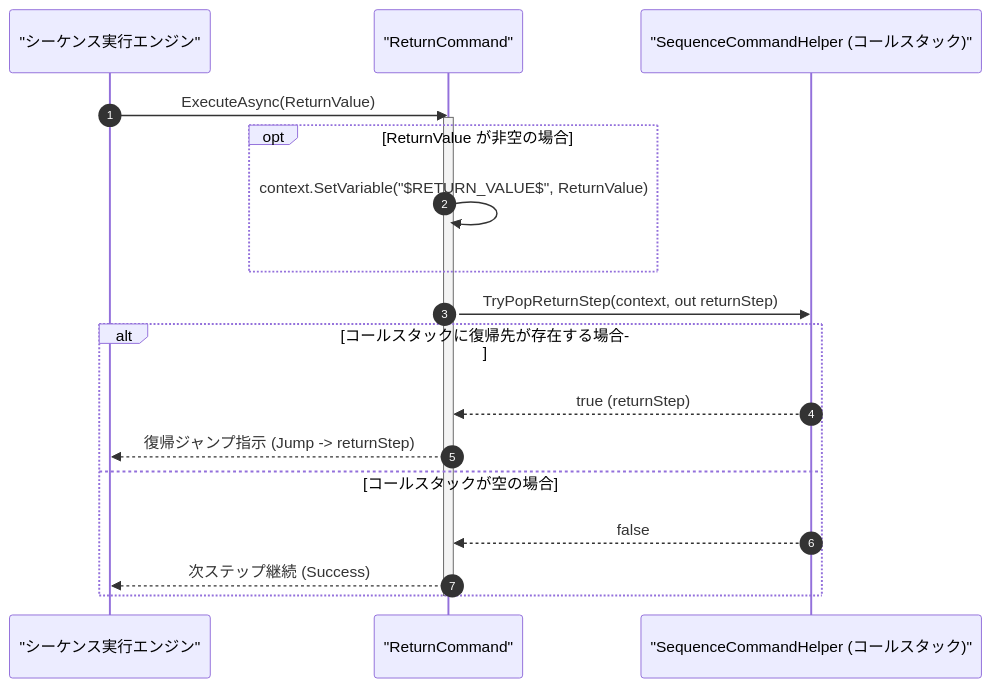
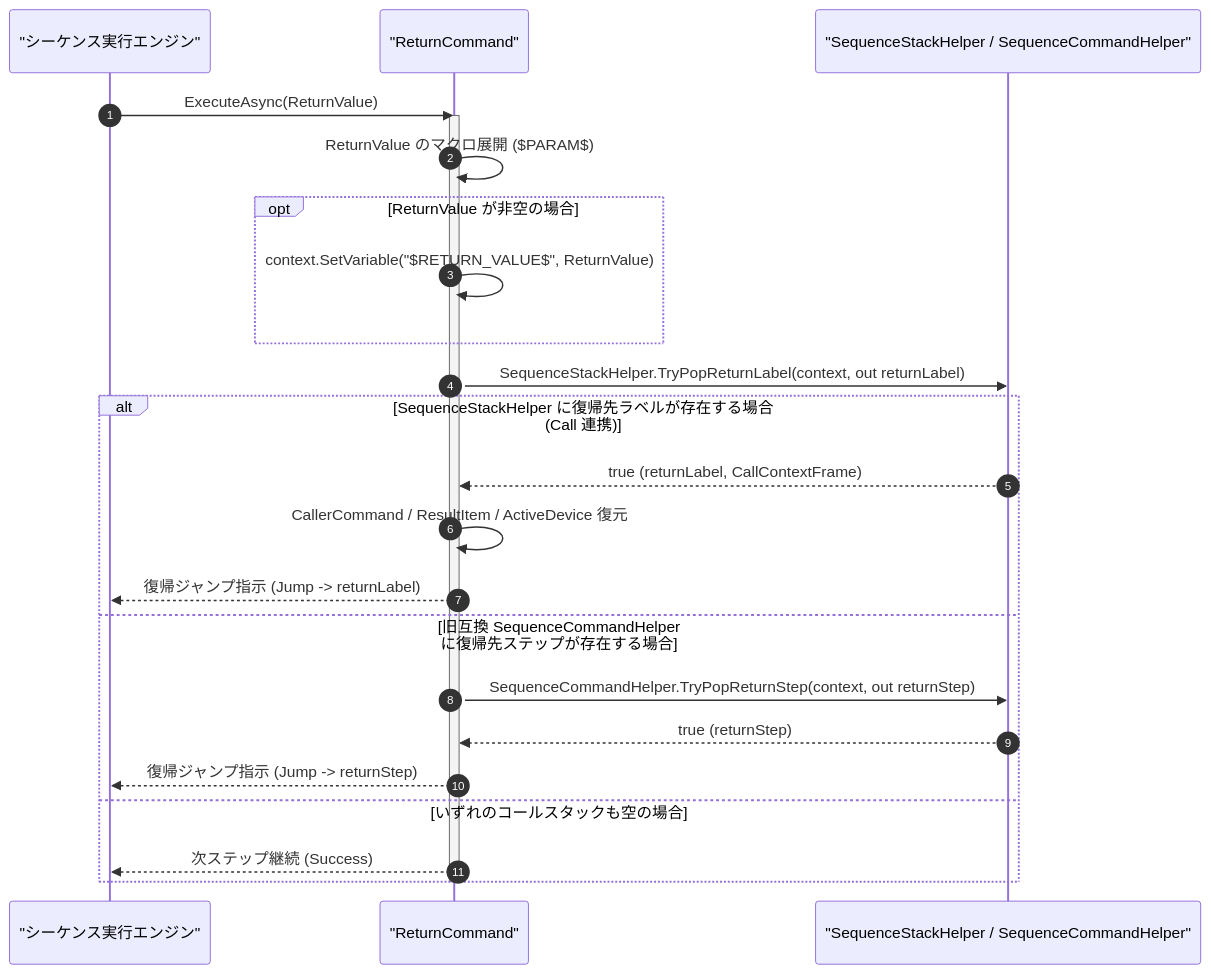
One commit to Monaca-App/TermAddIn changed the diagram in Manual/Core/Sequence/Return.Md. Above: the diagram before and after it, drawn with Mermaid. The commit also changed other lines of this file and 157 other files, not shown here.

````diff
--- a/Manual/Core/Sequence/Return.Md
+++ b/Manual/Core/Sequence/Return.Md
@@ -64,22 +64,27 @@
 ```mermaid
 sequenceDiagram
     autonumber
     participant Engine as "シーケンス実行エンジン"
     participant Cmd as "ReturnCommand"
-    participant Stack as "SequenceCommandHelper (コールスタック)"
+    participant Stack as "SequenceStackHelper / SequenceCommandHelper"
 
     Engine->>Cmd: ExecuteAsync(ReturnValue)
     activate Cmd
+    Cmd->>Cmd: ReturnValue のマクロ展開 ($PARAM$)
     opt ReturnValue が非空の場合
         Cmd->>Cmd: context.SetVariable("$RETURN_VALUE$", ReturnValue)
     end
-    Cmd->>Stack: TryPopReturnStep(context, out returnStep)
-    alt コールスタックに復帰先が存在する場合
+    Cmd->>Stack: SequenceStackHelper.TryPopReturnLabel(context, out returnLabel)
+    alt SequenceStackHelper に復帰先ラベルが存在する場合 (Call 連携)
+        Stack-->>Cmd: true (returnLabel, CallContextFrame)
+        Cmd->>Cmd: CallerCommand / ResultItem / ActiveDevice 復元
+        Cmd-->>Engine: 復帰ジャンプ指示 (Jump -> returnLabel)
+    else 旧互換 SequenceCommandHelper に復帰先ステップが存在する場合
+        Cmd->>Stack: SequenceCommandHelper.TryPopReturnStep(context, out returnStep)
         Stack-->>Cmd: true (returnStep)
         Cmd-->>Engine: 復帰ジャンプ指示 (Jump -> returnStep)
-    else コールスタックが空の場合
-        Stack-->>Cmd: false
+    else いずれのコールスタックも空の場合
         Cmd-->>Engine: 次ステップ継続 (Success)
     end
     deactivate Cmd
 ```
````
